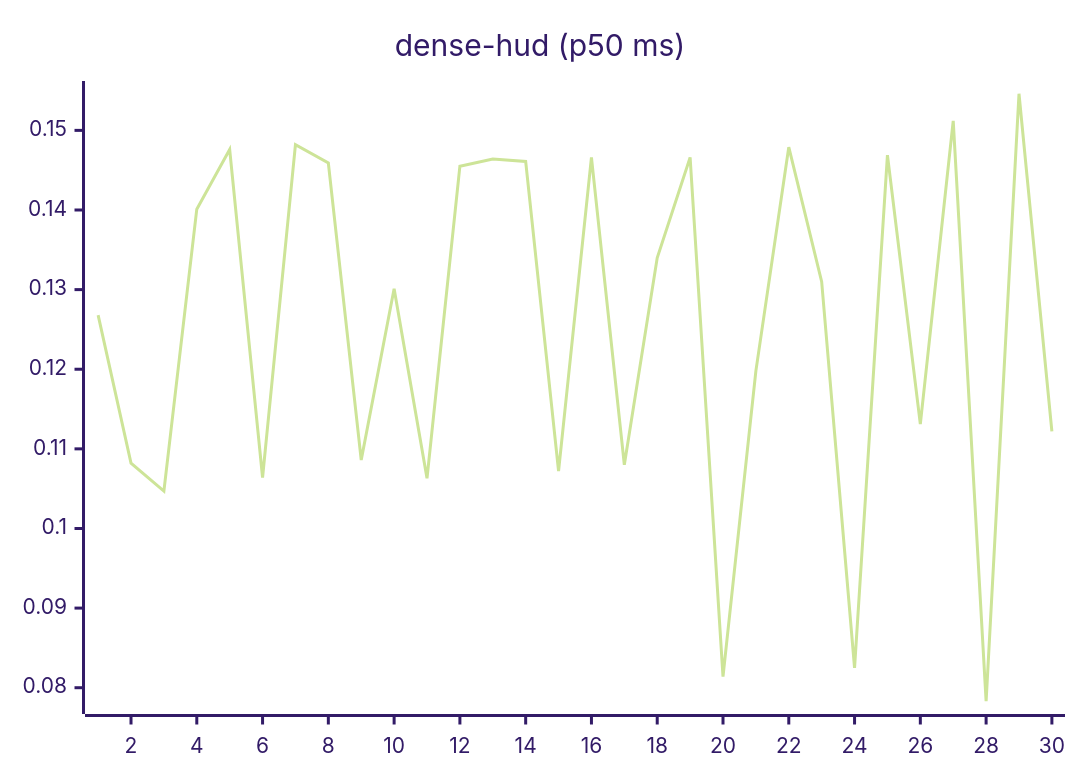
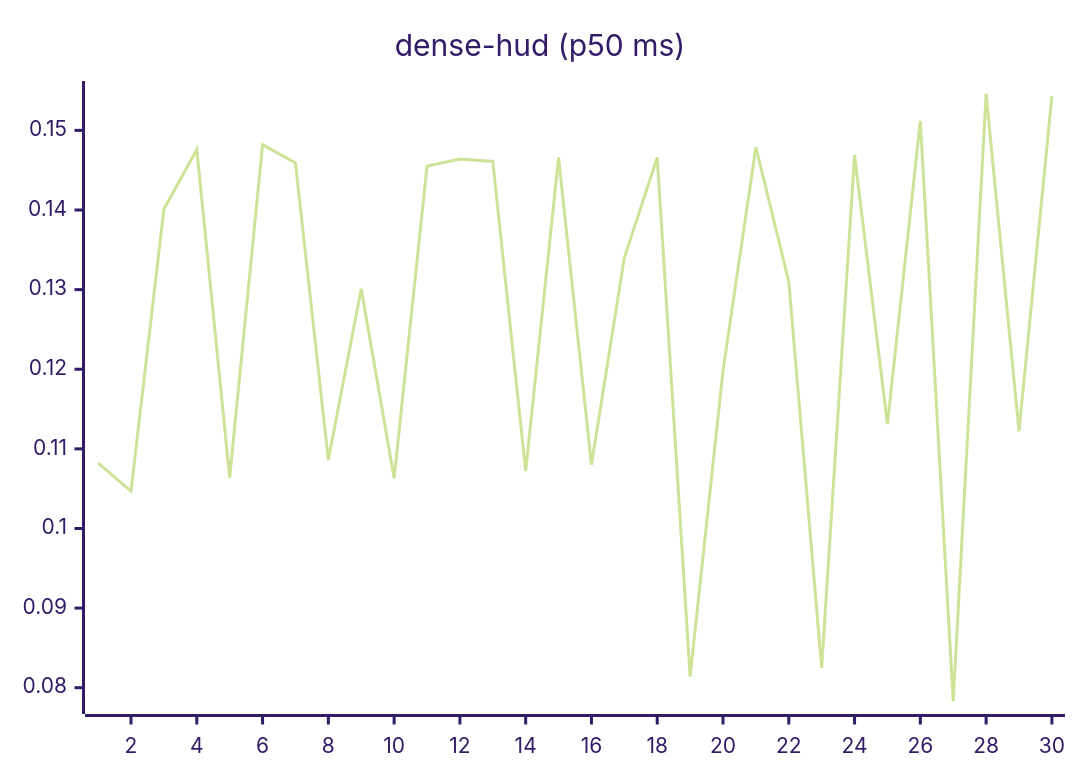
One commit to josha/Facet changed the eighth of 27 diagrams in README.md. Above: the diagram before and after it, drawn with Mermaid (forest theme). The commit also changed other lines of this file and 2 other files, not shown here.

````diff
--- a/README.md
+++ b/README.md
@@ -112,6 +112,6 @@
 ```mermaid
 xychart-beta
     title "dense-hud (p50 ms)"
     x-axis 1 --> 30
-    line [0.1268, 0.1082, 0.1047, 0.1401, 0.1476, 0.1064, 0.1482, 0.1459, 0.1086, 0.1301, 0.1063, 0.1455, 0.1464, 0.1461, 0.1072, 0.1466, 0.1080, 0.1340, 0.1466, 0.0814, 0.1198, 0.1479, 0.1310, 0.0825, 0.1469, 0.1131, 0.1512, 0.0783, 0.1546, 0.1122]
+    line [0.1082, 0.1047, 0.1401, 0.1476, 0.1064, 0.1482, 0.1459, 0.1086, 0.1301, 0.1063, 0.1455, 0.1464, 0.1461, 0.1072, 0.1466, 0.1080, 0.1340, 0.1466, 0.0814, 0.1198, 0.1479, 0.1310, 0.0825, 0.1469, 0.1131, 0.1512, 0.0783, 0.1546, 0.1122, 0.1543]
 ```
````
